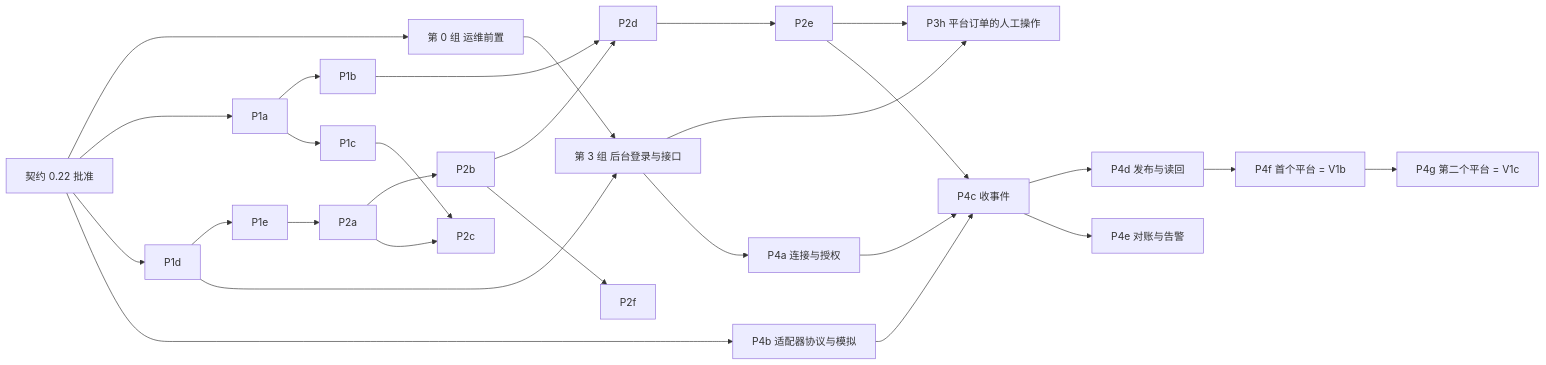
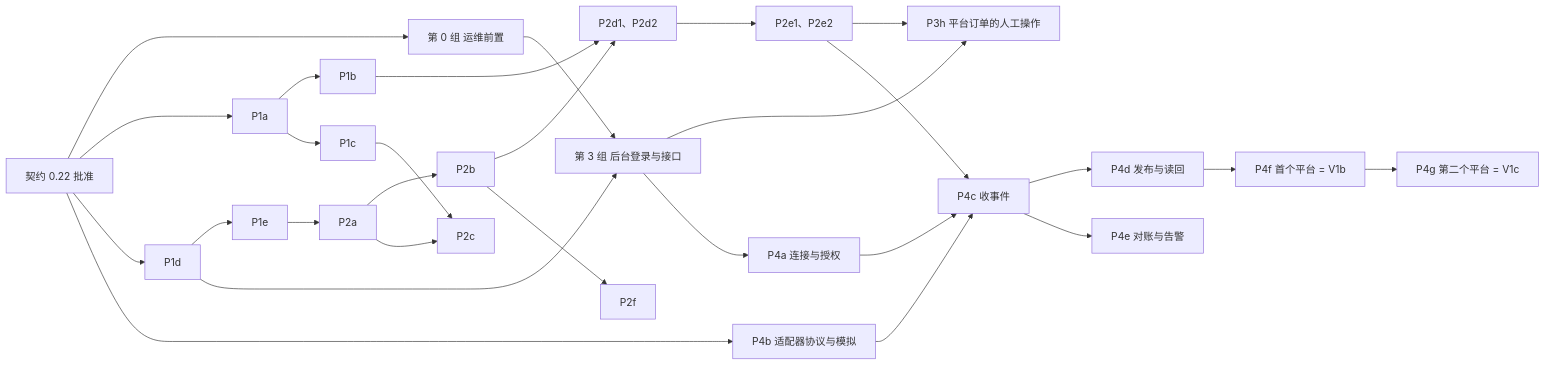
The diagram in docs/PLATFORM_CHANNELS.md (kelvinpang90/acuven_stock_core), drawn with Mermaid before and after one commit. The commit also changed other lines of this file and 1 other file, not shown here.

````diff
--- a/docs/PLATFORM_CHANNELS.md
+++ b/docs/PLATFORM_CHANNELS.md
@@ -269,20 +288,20 @@
 ```mermaid
 flowchart LR
   C0[契约 0.22 批准] --> P0[第 0 组 运维前置]
   C0 --> P1a --> P1b & P1c
   C0 --> P1d --> P1e --> P2a
-  P2a --> P2b --> P2d --> P2e
+  P2a --> P2b --> P2d[P2d1、P2d2] --> P2e[P2e1、P2e2]
   P2a --> P2c
   P2b --> P2f
   P1b --> P2d
   P1c --> P2c
   P0 --> P3[第 3 组 后台登录与接口]
   P1d --> P3
   P2e --> P3h[P3h 平台订单的人工操作]
   P3 --> P3h
   P3 --> P4a[P4a 连接与授权]
   C0 --> P4b[P4b 适配器协议与模拟]
   P4a & P4b & P2e --> P4c[P4c 收事件]
   P4c --> P4d[P4d 发布与读回] & P4e[P4e 对账与告警]
   P4d --> P4f[P4f 首个平台 = V1b] --> P4g[P4g 第二个平台 = V1c]
 ```
````
